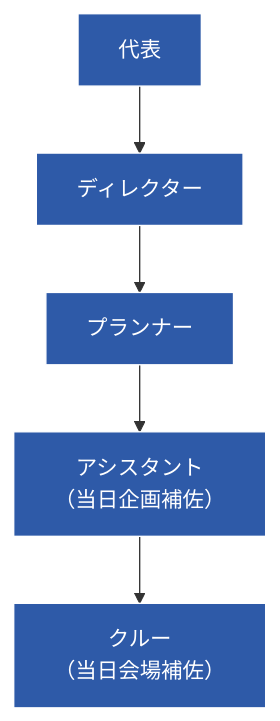
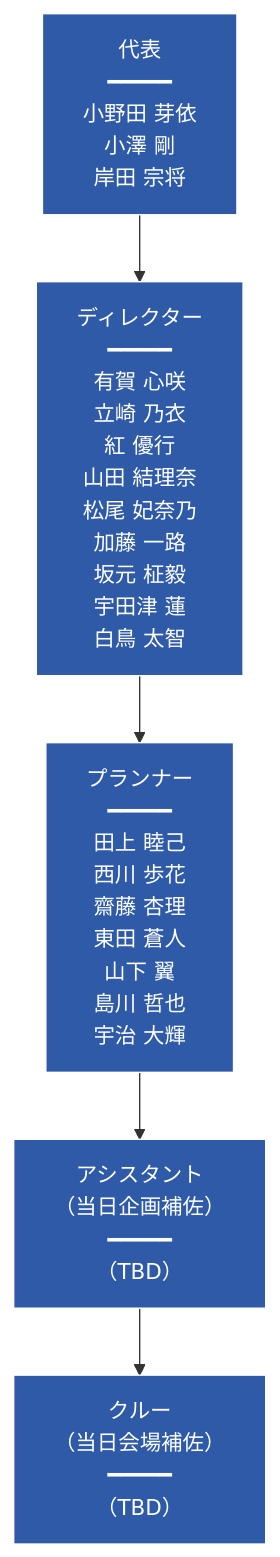
The first of 3 diagrams in spikes-org-chart.md (liofval/spikes_hr), drawn with Mermaid before and after one commit. The commit also changed 1 other file, not shown here.

Commit message:
ロール階層図に全員の名前を列挙
- 代表: 小野田/小澤/岸田
- ディレクター: 有賀/立崎/紅/山田/松尾/加藤/坂元/宇田津/白鳥
- プランナー: 田上/西川/齋藤/東田/山下/島川/宇治
- アシスタント・クルー: TBD

````diff
--- a/spikes-org-chart.md
+++ b/spikes-org-chart.md
@@ -9,12 +9,12 @@
 ```mermaid
 graph TD
-    R[代表]
-    D[ディレクター]
-    P[プランナー]
-    A["アシスタント<br/>（当日企画補佐）"]
-    C["クルー<br/>（当日会場補佐）"]
+    R["代表<br/>━━━━━<br/>小野田 芽依<br/>小澤 剛<br/>岸田 宗将"]
+    D["ディレクター<br/>━━━━━<br/>有賀 心咲<br/>立崎 乃衣<br/>紅 優行<br/>山田 結理奈<br/>松尾 妃奈乃<br/>加藤 一路<br/>坂元 柾毅<br/>宇田津 蓮<br/>白鳥 太智"]
+    P["プランナー<br/>━━━━━<br/>田上 睦己<br/>西川 歩花<br/>齋藤 杏理<br/>東田 蒼人<br/>山下 翼<br/>島川 哲也<br/>宇治 大輝"]
+    A["アシスタント<br/>（当日企画補佐）<br/>━━━━━<br/>（TBD）"]
+    C["クルー<br/>（当日会場補佐）<br/>━━━━━<br/>（TBD）"]
     R --> D --> P --> A --> C
 
     classDef role fill:#2e5aa8,stroke:#fff,color:#fff;
     class R,D,P,A,C role;
 ```
````
